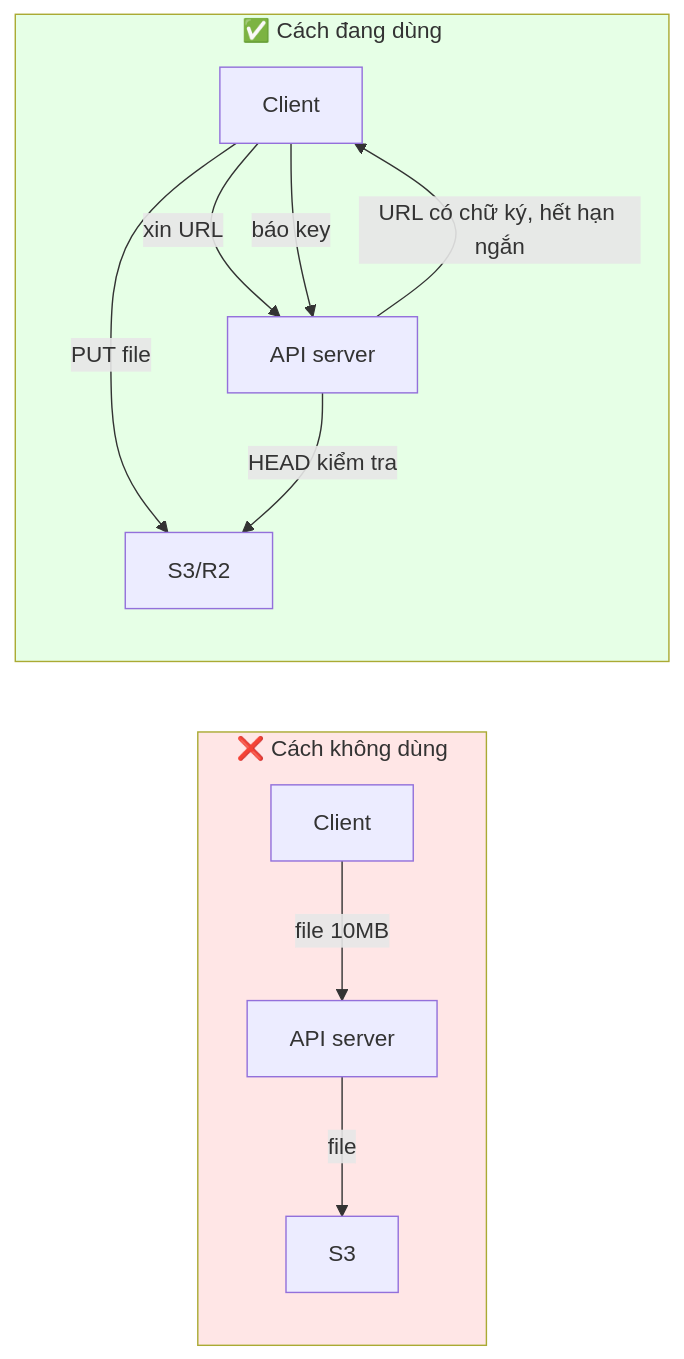
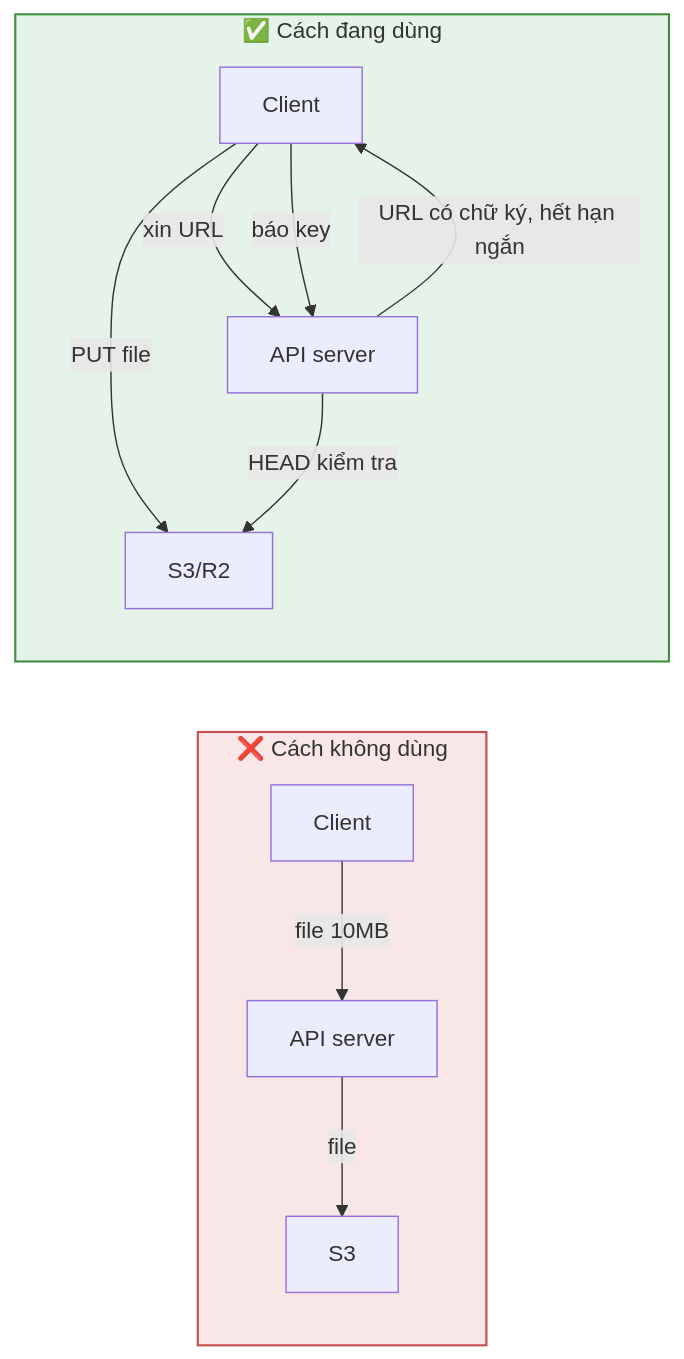
The first of 4 diagrams in docs/diagram/03-media.md (fdshn/trueheart), drawn with Mermaid before and after one commit. The commit also changed other lines of this file and 30 other files, not shown here.

First line of the commit message:
docs(diagram): chữ trong khối tô màu đọc được ở cả giao diện sáng và tối

````diff
--- a/docs/diagram/03-media.md
+++ b/docs/diagram/03-media.md
@@ -7,16 +7,16 @@
 ```mermaid
 flowchart LR
     subgraph X["❌ Cách không dùng"]
         A1[Client] -->|file 10MB| A2[API server] -->|file| A3[S3]
     end
     subgraph Y["✅ Cách đang dùng"]
         B1[Client] -->|xin URL| B2[API server]
         B2 -->|URL có chữ ký, hết hạn ngắn| B1
         B1 -->|PUT file| B3[S3/R2]
         B1 -->|báo key| B2
         B2 -->|HEAD kiểm tra| B3
     end
 
-    style X fill:#ffe6e6
-    style Y fill:#e6ffe6
+    style X fill:#d2464621,stroke:#c0504d,stroke-width:1.5px
+    style Y fill:#3ca05021,stroke:#3f8f3f,stroke-width:1.5px
 ```
````
